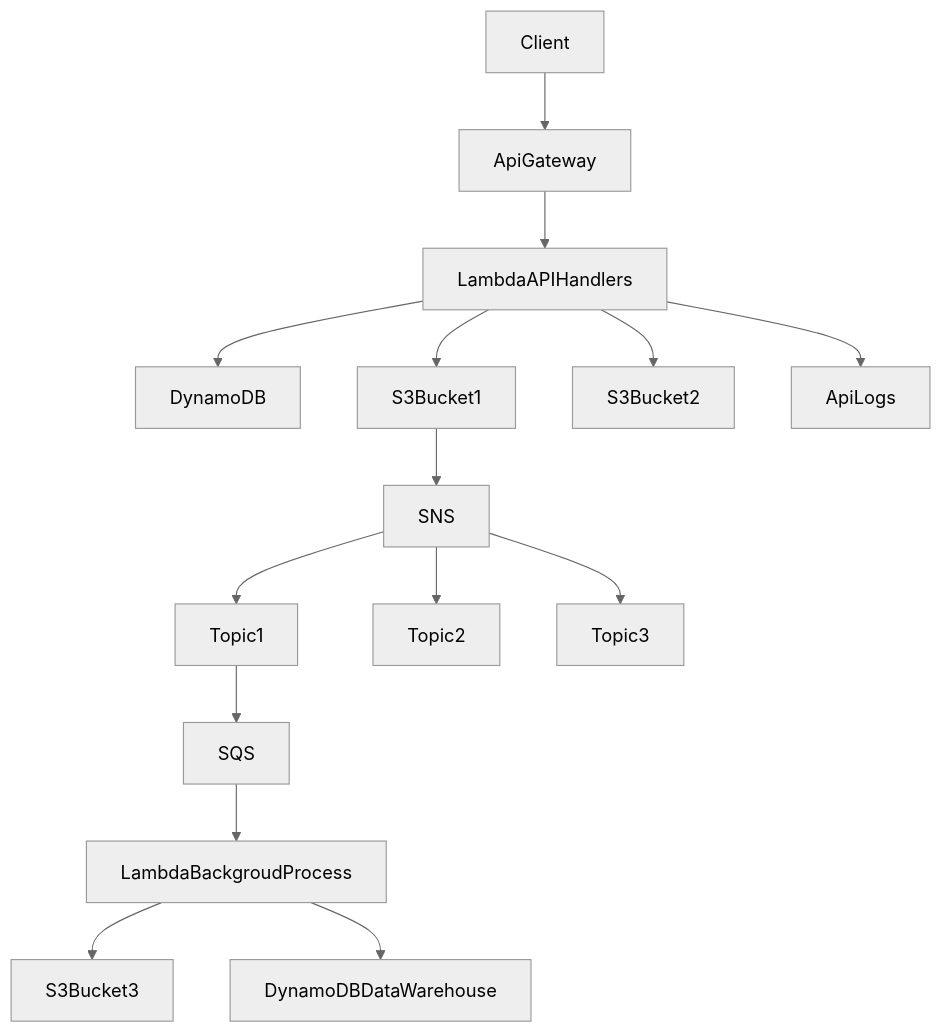
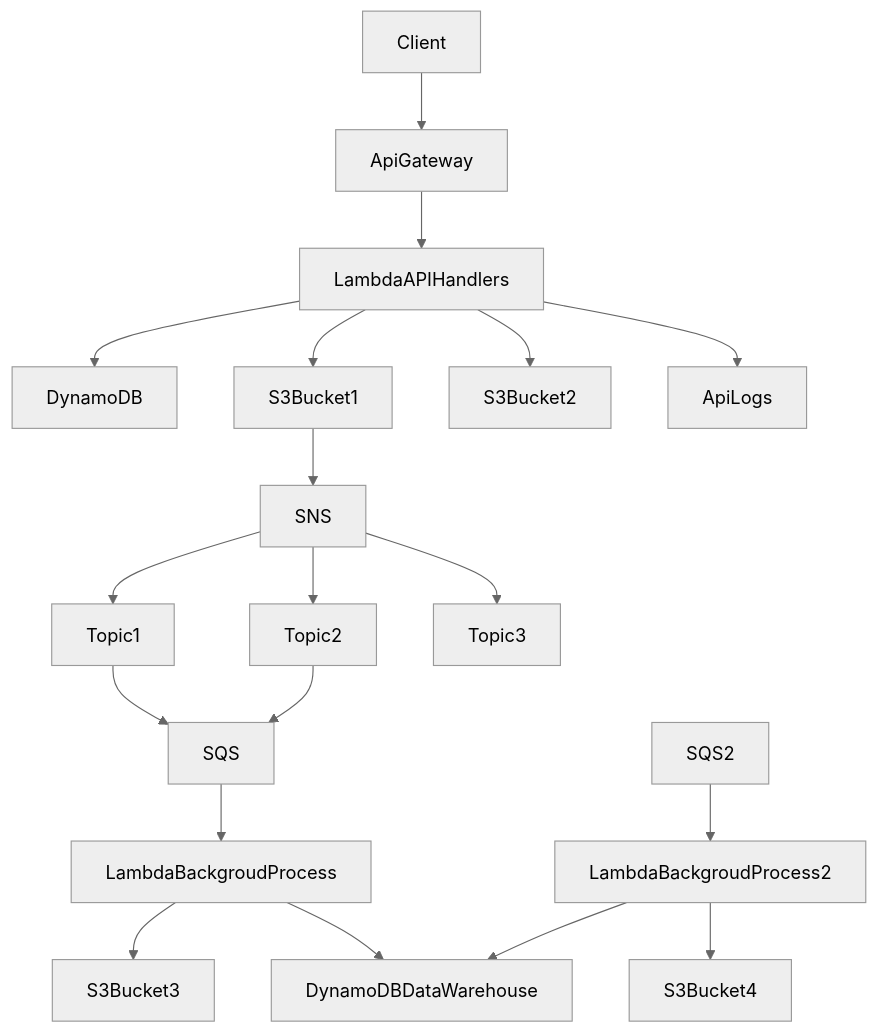
Before and after one commit to xreyc/serverless-framework: the diagram in README.md, drawn with Mermaid (neutral theme).

````diff
--- a/README.md
+++ b/README.md
@@ -10,17 +10,21 @@
 ```mermaid
 graph TD;
     Client-->ApiGateway;
     ApiGateway-->LambdaAPIHandlers;
     LambdaAPIHandlers-->DynamoDB;
     LambdaAPIHandlers-->S3Bucket1;
     LambdaAPIHandlers-->S3Bucket2;
     LambdaAPIHandlers-->ApiLogs;
     S3Bucket1-->SNS;
     SNS-->Topic1;
     SNS-->Topic2;
     SNS-->Topic3;
     Topic1-->SQS;
     SQS-->LambdaBackgroudProcess;
     LambdaBackgroudProcess-->S3Bucket3;
     LambdaBackgroudProcess-->DynamoDBDataWarehouse;
+    Topic2-->SQS;
+    SQS2-->LambdaBackgroudProcess2;
+    LambdaBackgroudProcess2-->S3Bucket4;
+    LambdaBackgroudProcess2-->DynamoDBDataWarehouse;
 ```
````
